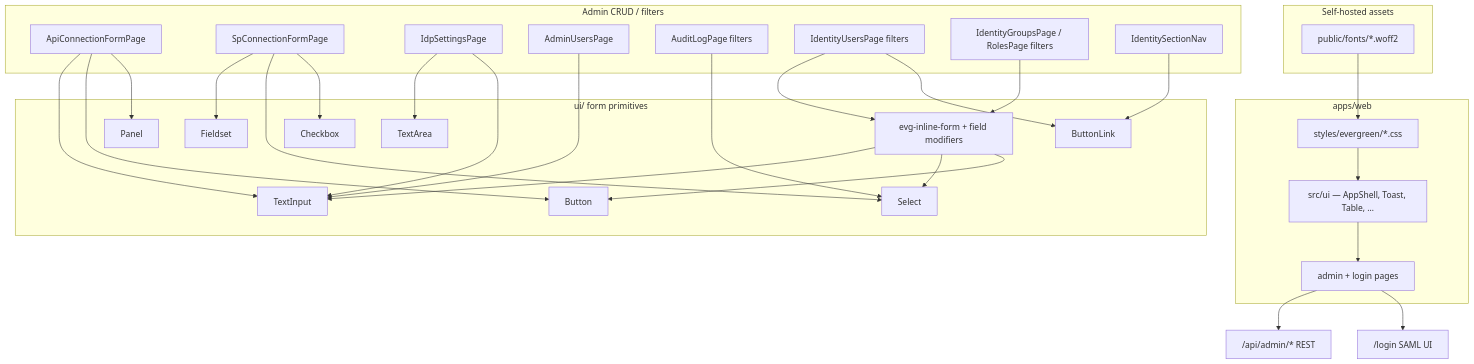
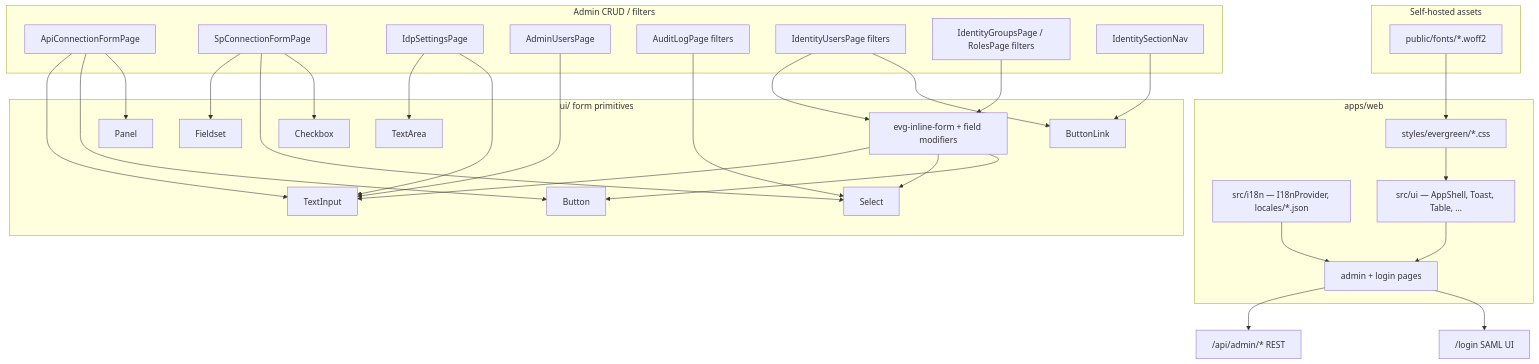
The diagram in docs/img/evergreen-ui.mmd (01laky/NestIdP), drawn with Mermaid before and after one commit. The commit also changed 89 other files, not shown here.

```diff
--- a/docs/img/evergreen-ui.mmd
+++ b/docs/img/evergreen-ui.mmd
@@ -1,52 +1,54 @@
 flowchart TB
 	subgraph web["apps/web"]
 		tokens["styles/evergreen/*.css"]
+		i18n["src/i18n — I18nProvider, locales/*.json"]
 		ui["src/ui — AppShell, Toast, Table, …"]
 		pages["admin + login pages"]
 	end
 	subgraph assets["Self-hosted assets"]
 		fonts["public/fonts/*.woff2"]
 	end
 	subgraph forms["Admin CRUD / filters"]
 		apiForm["ApiConnectionFormPage"]
 		spForm["SpConnectionFormPage"]
 		idpForm["IdpSettingsPage"]
 		adminUsers["AdminUsersPage"]
 		auditFilters["AuditLogPage filters"]
 		identitySearch["IdentityUsersPage filters"]
 		identityLists["IdentityGroupsPage / RolesPage filters"]
 		identityNav["IdentitySectionNav"]
 	end
 	subgraph primitives["ui/ form primitives"]
 		ti["TextInput"]
 		ta["TextArea"]
 		sel["Select"]
 		cb["Checkbox"]
 		fs["Fieldset"]
 		btn["Button"]
 		btnLink["ButtonLink"]
 		pan["Panel"]
 		inlineForm["evg-inline-form + field modifiers"]
 	end
 	tokens --> ui
 	fonts --> tokens
+	i18n --> pages
 	ui --> pages
 	pages --> api["/api/admin/* REST"]
 	pages --> saml["/login SAML UI"]
 	apiForm --> ti
 	apiForm --> btn
 	apiForm --> pan
 	spForm --> fs
 	spForm --> sel
 	spForm --> cb
 	idpForm --> ta
 	idpForm --> ti
 	adminUsers --> ti
 	auditFilters --> sel
 	identitySearch --> inlineForm
 	inlineForm --> ti
 	inlineForm --> sel
 	inlineForm --> btn
 	identityLists --> inlineForm
 	identitySearch --> btnLink
 	identityNav --> btnLink
```
